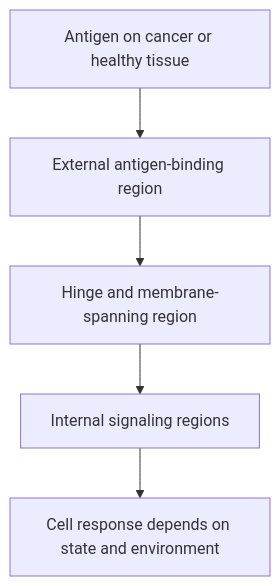
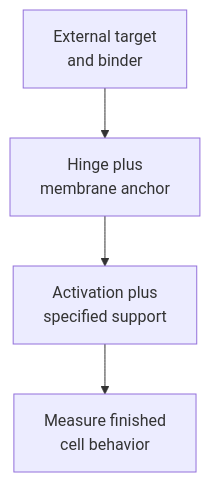
One commit to jasonLaster/oncoguide changed the diagram in wiki/education/concepts/therapeutics/cell-therapies/car-anatomy.md. Above: the diagram before and after it, drawn with Mermaid. The commit also changed other lines of this file and 43 other files, not shown here.

Commit message:
education: sync engineered-cell curriculum and native diagram settings

````diff
--- a/wiki/education/concepts/therapeutics/cell-therapies/car-anatomy.md
+++ b/wiki/education/concepts/therapeutics/cell-therapies/car-anatomy.md
@@ -38,7 +57,6 @@
 ```mermaid
 flowchart TD
-  A[External antigen-binding region] --> B[Hinge and membrane-spanning region]
-  B --> C[Internal signaling regions]
-  C --> D[Cell response depends on state and environment]
-  E[Antigen on cancer or healthy tissue] --> A
+  A["External target<br/>and binder"] --> B["Hinge plus<br/>membrane anchor"]
+  B --> C["Activation plus<br/>specified support"]
+  C --> D["Measure finished<br/>cell behavior"]
 ```
````
